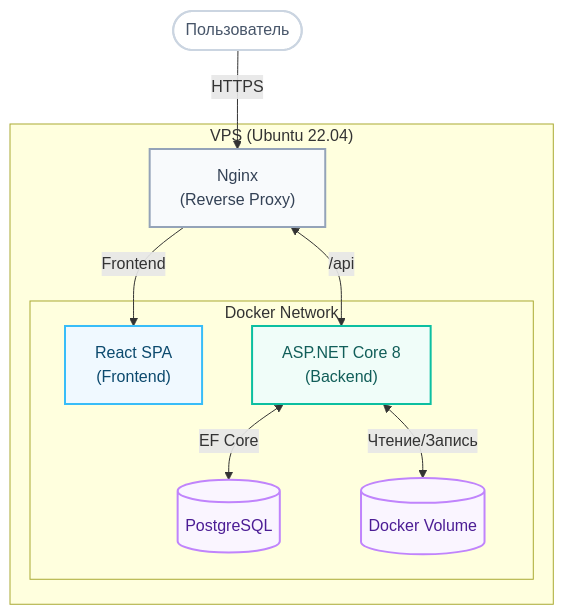
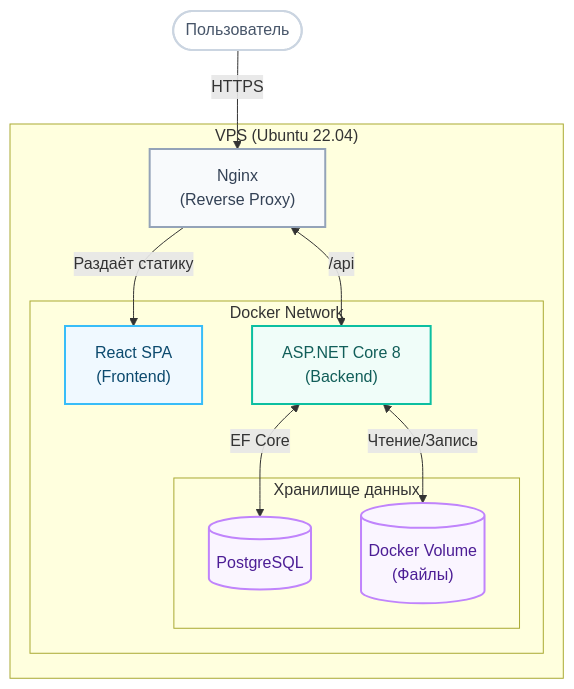
The diagram in README.md (Digital-SGN/StudentCouncilPlatform), drawn with Mermaid before and after one commit.

````diff
--- a/README.md
+++ b/README.md
@@ -60,35 +60,37 @@
 ```mermaid
 flowchart TD
     User([Пользователь])
     
     subgraph VPS ["VPS (Ubuntu 22.04)"]
         Nginx["Nginx<br/>(Reverse Proxy)"]
         
         subgraph Docker ["Docker Network"]
             Frontend["React SPA<br/>(Frontend)"]
             Backend["ASP.NET Core 8<br/>(Backend)"]
-            DB[("PostgreSQL")]
-            Storage[("Docker Volume")]
+            
+            subgraph Storage ["Хранилище данных"]
+                DB[("PostgreSQL")]
+                Vol[("Docker Volume<br/>(Файлы)")]
+            end
         end
     end
 
     User -->|HTTPS| Nginx
-    Nginx -->|Frontend| Frontend
+    Nginx -->|Раздаёт статику| Frontend
     Nginx <-->|/api| Backend
     
     Backend <-->|EF Core| DB
-    Backend <-->|Чтение/Запись| Storage
+    Backend <-->|Чтение/Запись| Vol
 
     classDef user fill:#ffffff,stroke:#cbd5e1,stroke-width:2px,color:#475569;
     classDef frontend fill:#f0f9ff,stroke:#38bdf8,stroke-width:2px,color:#0c4a6e;
     classDef backend fill:#f0fdf9,stroke:#0CBFA1,stroke-width:2px,color:#115e59;
     classDef database fill:#faf5ff,stroke:#c084fc,stroke-width:2px,color:#4c1d95;
     classDef infra fill:#f8fafc,stroke:#94a3b8,stroke-width:2px,color:#334155;
 
     class User user;
     class Nginx infra;
     class Frontend frontend;
     class Backend backend;
-    class DB database;
-    class Storage database;
+    class DB,Vol database;
 ```
````
